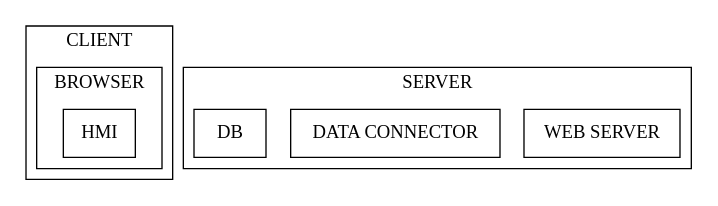
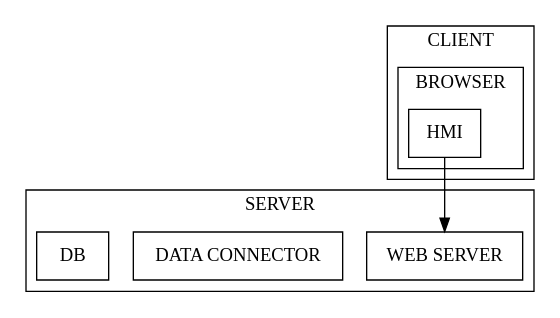
Before and after one commit to MGuillaumeF/hangman-game: the diagram in wiki/components.dot, drawn with Graphviz.

```diff
--- a/wiki/components.dot
+++ b/wiki/components.dot
@@ -1,22 +1,23 @@
 digraph Component {
 
   node [shape=record];
 
   subgraph cluster_client {
     label = "CLIENT";
     subgraph cluster_browser {
       label = "BROWSER";
       nd_1 [label = "HMI"];
     }
   }
 
   subgraph cluster_server {
     label = "SERVER";
     {
       rank=same 
       nd_2 [label = "WEB SERVER"];
       nd_3 [label = "DATA CONNECTOR"];
       nd_4 [label = "DB"];
     }
   }
+  nd_1 -> nd_2;
 }
```
